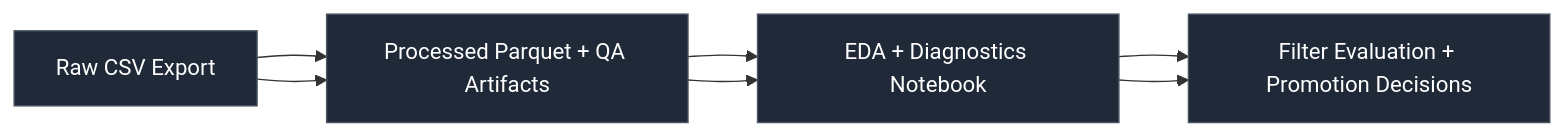
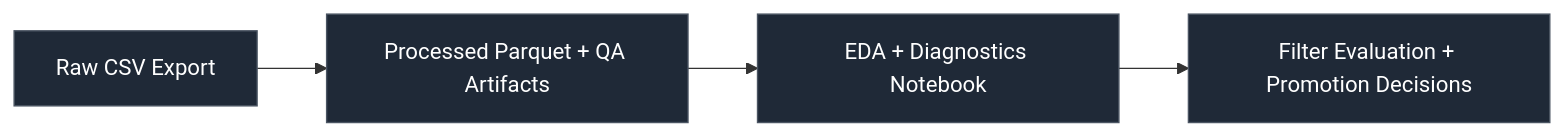
The diagram in README.md (Gopher16/oddsjam-ev-filters), drawn with Mermaid before and after one commit.

Commit message:
docs(readme): fix duplicate arrows in workflow diagram and clean up mermaid layout

````diff
--- a/README.md
+++ b/README.md
@@ -35,12 +35,12 @@
 ```mermaid
 flowchart LR
 
 classDef stage fill:#1f2937,color:#ffffff,stroke:#4b5563,stroke-width:1px;
 
-csv[Raw CSV Export]:::stage --> 
-proc[Processed Parquet + QA Artifacts]:::stage --> 
-eda[EDA + Diagnostics Notebook]:::stage --> 
+csv[Raw CSV Export]:::stage
+proc[Processed Parquet + QA Artifacts]:::stage
+eda[EDA + Diagnostics Notebook]:::stage
 eval[Filter Evaluation + Promotion Decisions]:::stage
 
 csv --> proc --> eda --> eval
 ```
````
